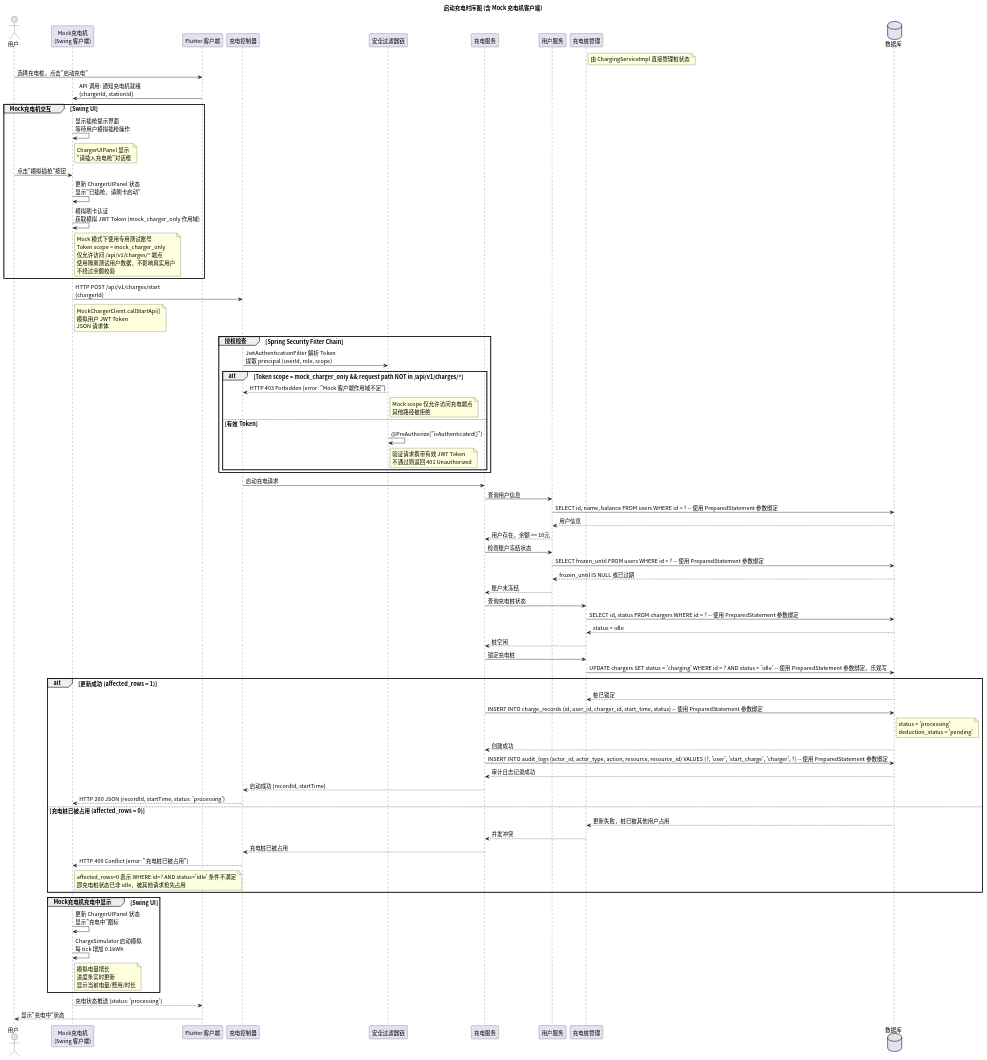
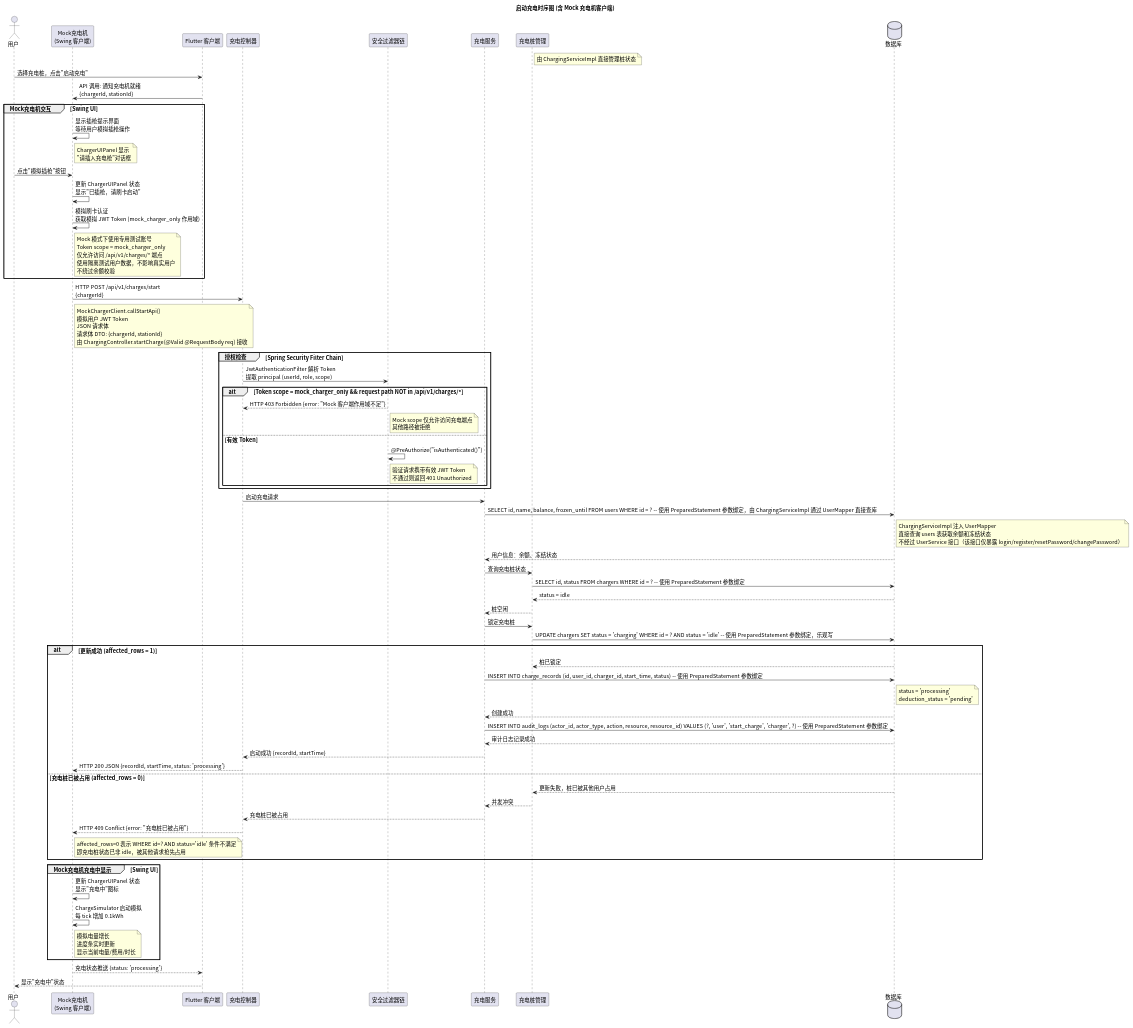
Before and after one commit to greenhandzdl/charging-station-doc: the diagram in time/src/sequence_charging.puml, drawn with PlantUML. The commit also changed 18 other files, not shown here.

First line of the commit message:
fix: 第1轮评估修复完结 — 强制结束补充审计日志、密码重置时序图、安全注解补充

```diff
--- a/time/src/sequence_charging.puml
+++ b/time/src/sequence_charging.puml
@@ -1,96 +1,89 @@
 @startuml
 skinparam defaultFontName "Noto Sans CJK SC"
 skinparam defaultFontSize 14
 title 启动充电时序图 (含 Mock 充电机客户端)
 
 ' 所有 SQL 操作使用 PreparedStatement 参数绑定，禁止字符串拼接
 actor 用户 as U
 participant "Mock充电机\n(Swing 客户端)" as MC
 participant "Flutter 客户端" as FE
 participant "充电控制器" as Ctrl
 participant "安全过滤器链" as Security
 participant "充电服务" as Service
-participant "用户服务" as US
 participant "充电桩管理" as CS
 note right of CS : 由 ChargingServiceImpl 直接管理桩状态
 database 数据库 as DB
 
 U -> FE: 选择充电桩，点击"启动充电"
 FE -> MC: API 调用: 通知充电机就绪\n{chargerId, stationId}
 
 group Mock充电机交互 [Swing UI]
   MC -> MC: 显示插枪提示界面\n等待用户模拟插枪操作
   note right MC : ChargerUIPanel 显示\n"请插入充电枪"对话框
 
   U -> MC: 点击"模拟插枪"按钮
   MC -> MC: 更新 ChargerUIPanel 状态\n显示"已插枪，请刷卡启动"
 
   MC -> MC: 模拟刷卡认证\n获取模拟 JWT Token (mock_charger_only 作用域)
   note right MC : Mock 模式下使用专用测试账号\nToken scope = mock_charger_only\n仅允许访问 /api/v1/charges/* 端点\n使用隔离测试用户数据，不影响真实用户\n不绕过余额校验
 end
 
 MC -> Ctrl: HTTP POST /api/v1/charges/start\n{chargerId}
-note right MC : MockChargerClient.callStartApi()\n模拟用户 JWT Token\nJSON 请求体
+note right MC : MockChargerClient.callStartApi()\n模拟用户 JWT Token\nJSON 请求体\n请求体 DTO: {chargerId, stationId}\n由 ChargingController.startCharge(@Valid @RequestBody req) 接收
 
 group 授权检查 [Spring Security Filter Chain]
   Ctrl -> Security: JwtAuthenticationFilter 解析 Token\n提取 principal (userId, role, scope)
 
   alt Token scope = mock_charger_only && request path NOT in /api/v1/charges/*
     Security --> Ctrl: HTTP 403 Forbidden {error: "Mock 客户端作用域不足"}
     note right Security : Mock scope 仅允许访问充电端点\n其他路径被拒绝
   else 有效 Token
     Security -> Security: @PreAuthorize("isAuthenticated()")
     note right Security : 验证请求携带有效 JWT Token\n不通过则返回 401 Unauthorized
   end
 end
 
 Ctrl -> Service: 启动充电请求
 
-Service -> US: 查询用户信息
-US -> DB: SELECT id, name, balance FROM users WHERE id = ? -- 使用 PreparedStatement 参数绑定
-DB --> US: 用户信息
-US --> Service: 用户存在，余额 >= 10元
-
-Service -> US: 检查账户冻结状态
-US -> DB: SELECT frozen_until FROM users WHERE id = ? -- 使用 PreparedStatement 参数绑定
-DB --> US: frozen_until IS NULL 或已过期
-US --> Service: 账户未冻结
+Service -> DB: SELECT id, name, balance, frozen_until FROM users WHERE id = ? -- 使用 PreparedStatement 参数绑定，由 ChargingServiceImpl 通过 UserMapper 直接查库
+note right DB : ChargingServiceImpl 注入 UserMapper\n直接查询 users 表获取余额和冻结状态\n不经过 UserService 接口（该接口仅暴露 login/register/resetPassword/changePassword）
+DB --> Service: 用户信息：余额、冻结状态
 
 Service -> CS: 查询充电桩状态
 CS -> DB: SELECT id, status FROM chargers WHERE id = ? -- 使用 PreparedStatement 参数绑定
 DB --> CS: status = idle
 CS --> Service: 桩空闲
 
 Service -> CS: 锁定充电桩
 CS -> DB: UPDATE chargers SET status = 'charging' WHERE id = ? AND status = 'idle' -- 使用 PreparedStatement 参数绑定，乐观写
 
 alt 更新成功 (affected_rows = 1)
   DB --> CS: 桩已锁定
 
   Service -> DB: INSERT INTO charge_records (id, user_id, charger_id, start_time, status) -- 使用 PreparedStatement 参数绑定
   note right DB : status = 'processing'\ndeduction_status = 'pending'
   DB --> Service: 创建成功
 
   Service -> DB: INSERT INTO audit_logs (actor_id, actor_type, action, resource, resource_id) VALUES (?, 'user', 'start_charge', 'charger', ?) -- 使用 PreparedStatement 参数绑定
   DB --> Service: 审计日志记录成功
 
   Service --> Ctrl: 启动成功 {recordId, startTime}
   Ctrl --> MC: HTTP 200 JSON {recordId, startTime, status: 'processing'}
 else 充电桩已被占用 (affected_rows = 0)
   DB --> CS: 更新失败，桩已被其他用户占用
   CS --> Service: 并发冲突
 
   Service --> Ctrl: 充电桩已被占用
   Ctrl --> MC: HTTP 409 Conflict {error: "充电桩已被占用"}
   note right MC : affected_rows=0 表示 WHERE id=? AND status='idle' 条件不满足\n即充电桩状态已非 idle，被其他请求抢先占用
 end
 
 group Mock充电机充电中显示 [Swing UI]
   MC -> MC: 更新 ChargerUIPanel 状态\n显示"充电中"图标
   MC -> MC: ChargeSimulator 启动模拟\n每 tick 增加 0.1kWh
   note right MC : 模拟电量增长\n进度条实时更新\n显示当前电量/费用/时长
 end
 
 MC --> FE: 充电状态推送 {status: 'processing'}
 FE --> U: 显示"充电中"状态
 @enduml
```
